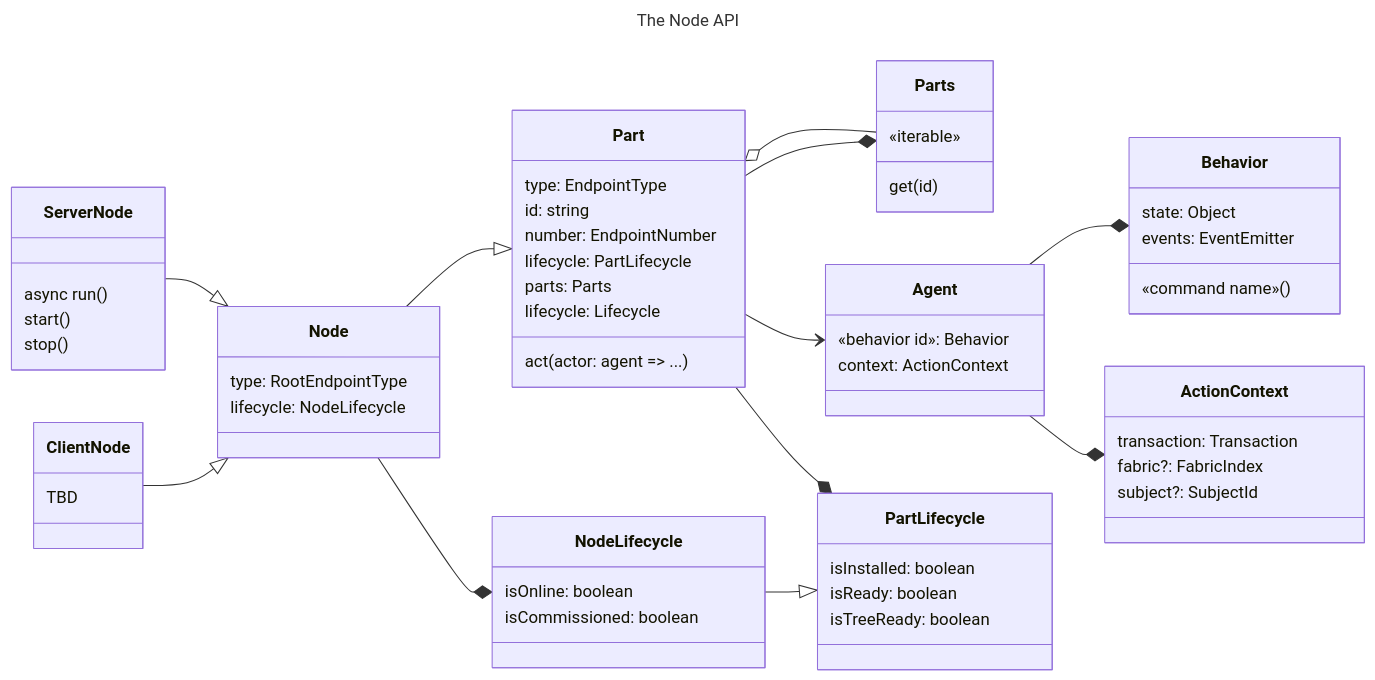
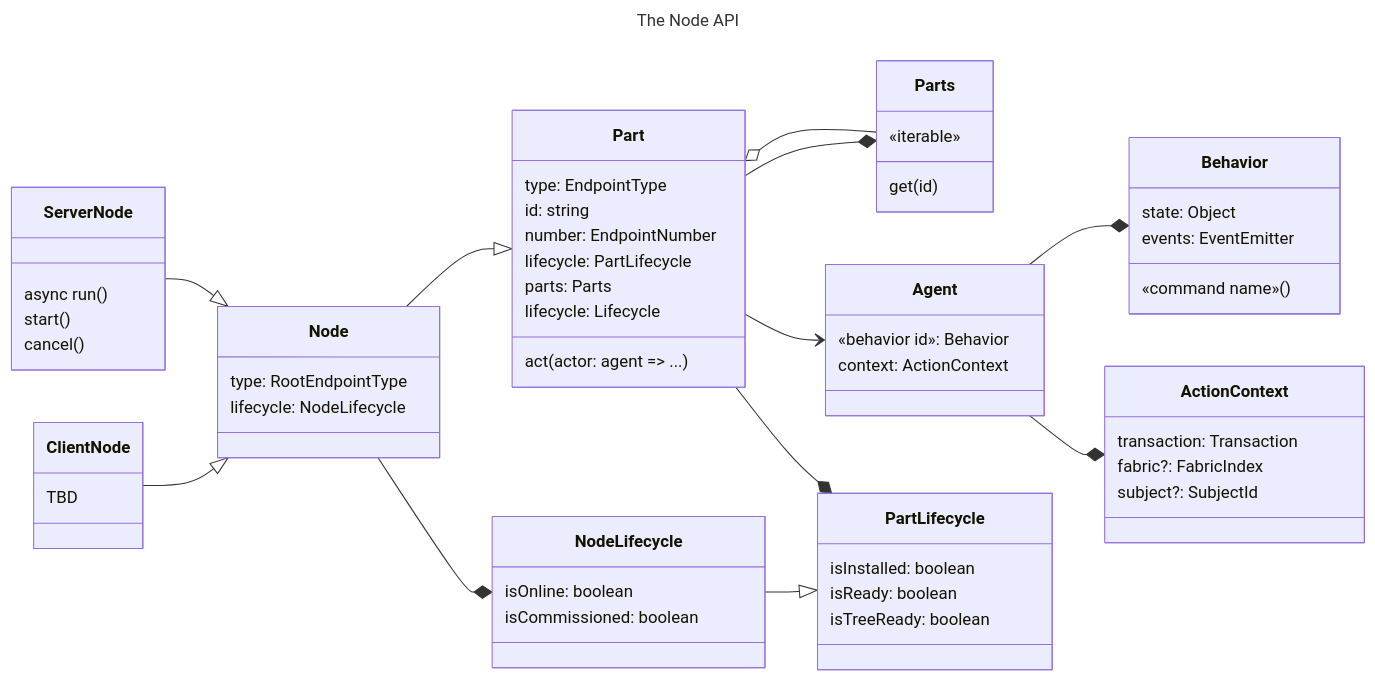
Before and after one commit to project-chip/matter.js: the diagram in packages/matter.js/src/node/README.md, drawn with Mermaid. The commit also changed 75 other files, not shown here.

````diff
--- a/packages/matter.js/src/node/README.md
+++ b/packages/matter.js/src/node/README.md
@@ -28,78 +28,78 @@
 ```mermaid
 ---
 title: The Node API
 ---
 classDiagram
     direction LR
 
     class ClientNode {
         TBD
     }
     ClientNode --|> Node
 
     class ServerNode {
         async run()
         start()
-        stop()
+        cancel()
     }
     ServerNode --|> Node
 
     class Node {
         type: RootEndpointType
         lifecycle: NodeLifecycle
     }
     Node --|> Part
 
     class Part {
         type: EndpointType
         id: string
         number: EndpointNumber
         lifecycle: PartLifecycle
         parts: Parts
         lifecycle: Lifecycle
         act(actor: agent => ...)
     }
 
 
     class Parts {
         «iterable»
         get(id)
     }
     Part --* Parts
     Parts --o Part
 
     class Agent {
         «behavior id»: Behavior
         context: ActionContext
     }
     Part --> Agent
     Agent --* Behavior
     Agent --* ActionContext
 
     class Behavior {
         state: Object
         events: EventEmitter
         «command name»()
     }
 
     class PartLifecycle {
         isInstalled: boolean
         isReady: boolean
         isTreeReady: boolean
     }
 
     class NodeLifecycle {
         isOnline: boolean
         isCommissioned: boolean
     }
 
     class ActionContext {
         transaction: Transaction
         fabric?: FabricIndex
         subject?: SubjectId
     }
     NodeLifecycle --|> PartLifecycle
 
     Part --* PartLifecycle
     Node --* NodeLifecycle
 ```
````
